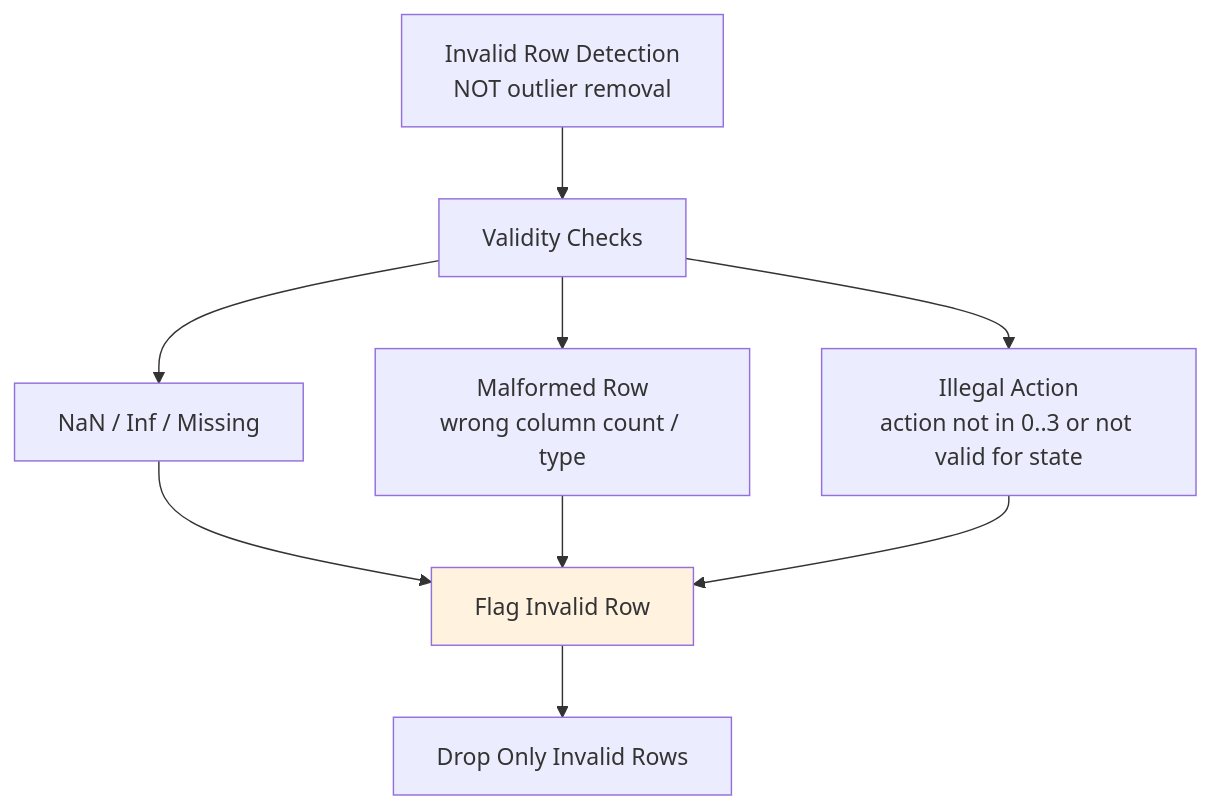
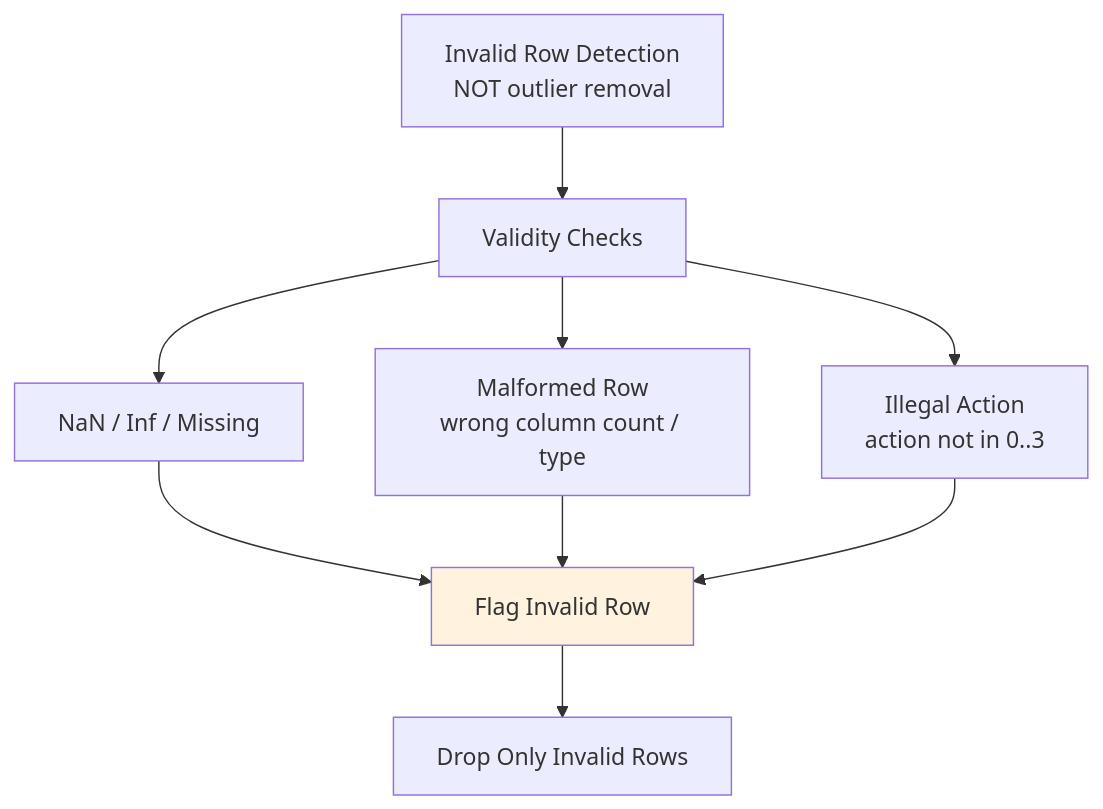
Before and after one commit to Evintkoo/2048-ml: the fifth of 8 diagrams in plans/06-Data/04-Preprocessing/01-data-cleaning.md, drawn with Mermaid. The commit also changed other lines of this file and 144 other files, not shown here.

````diff
--- a/plans/06-Data/04-Preprocessing/01-data-cleaning.md
+++ b/plans/06-Data/04-Preprocessing/01-data-cleaning.md
@@ -100,15 +100,15 @@
 ```mermaid
 flowchart TD
     Invalid[Invalid Row Detection<br/>NOT outlier removal]
     Invalid --> Check[Validity Checks]
     Check --> NaN[NaN / Inf / Missing]
     Check --> Malformed[Malformed Row<br/>wrong column count / type]
-    Check --> Illegal[Illegal Action<br/>action not in 0..3 or not valid for state]
+    Check --> Illegal[Illegal Action<br/>action not in 0..3]
     
     NaN --> Flag[Flag Invalid Row]
     Malformed --> Flag
     Illegal --> Flag
     Flag --> Action[Drop Only Invalid Rows]
     
     style Flag fill:#fff3e0
 ```
````
